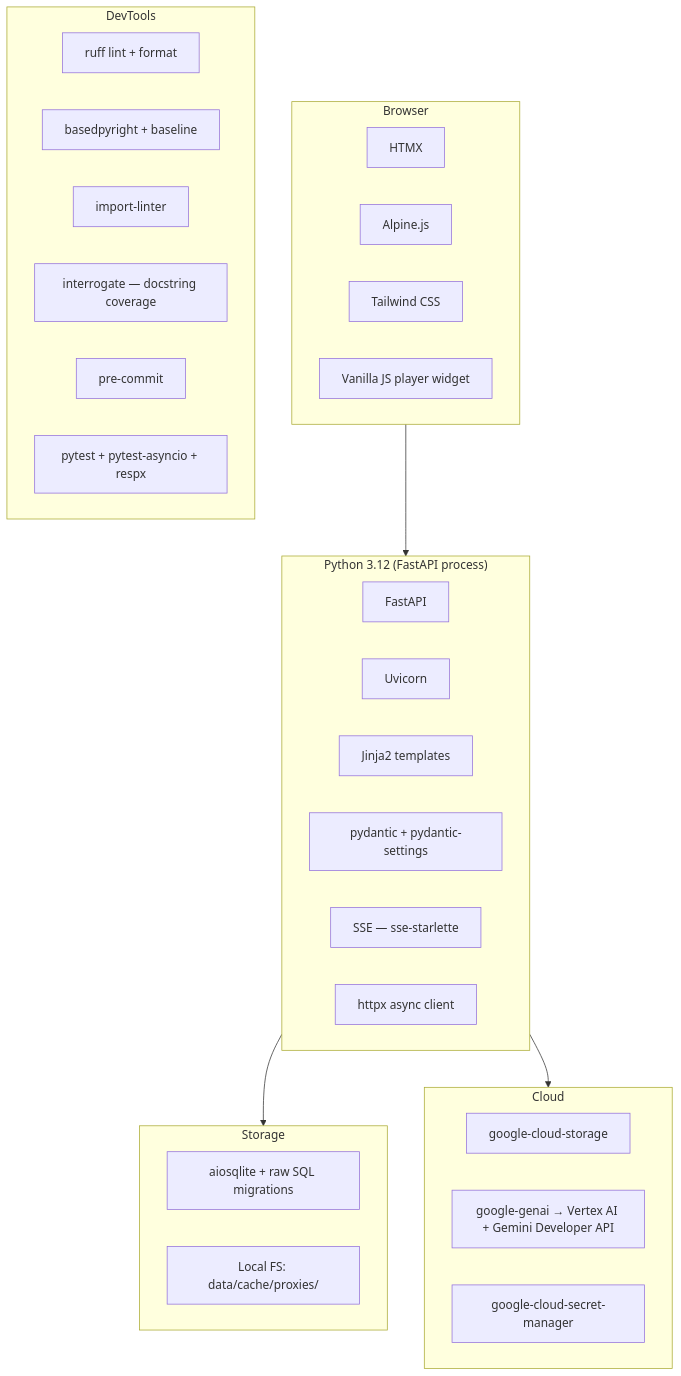
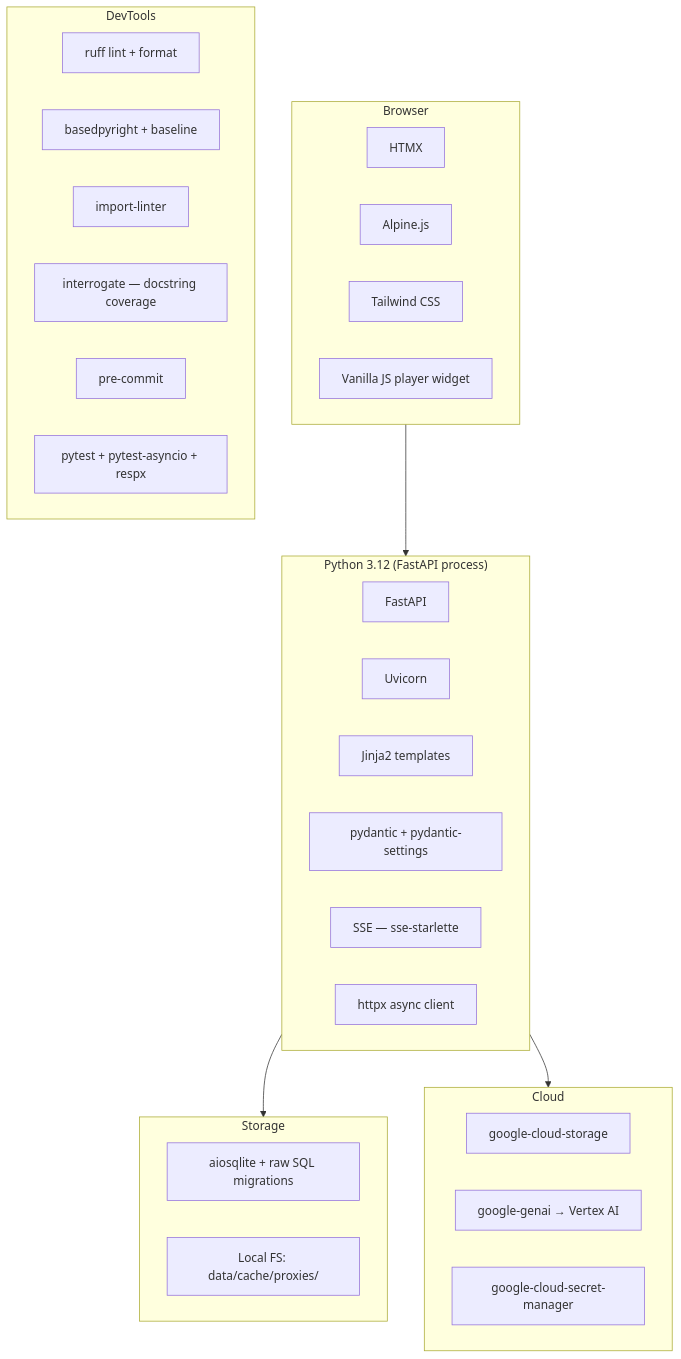
The diagram in docs/onboarding/03-tech-stack.md (futurememorylab/ai-archive), drawn with Mermaid before and after one commit. The commit also changed other lines of this file and 24 other files, not shown here.

````diff
--- a/docs/onboarding/03-tech-stack.md
+++ b/docs/onboarding/03-tech-stack.md
@@ -10,42 +10,42 @@
 ```mermaid
 flowchart TB
     subgraph Browser
         H[HTMX]
         Al[Alpine.js]
         TW[Tailwind CSS]
         V[Vanilla JS player widget]
     end
 
     subgraph Server["Python 3.12 (FastAPI process)"]
         F[FastAPI]
         U[Uvicorn]
         J[Jinja2 templates]
         P[pydantic + pydantic-settings]
         S[SSE — sse-starlette]
         Px[httpx async client]
     end
 
     subgraph Storage
         Aq[aiosqlite + raw SQL migrations]
         Disk[Local FS: data/cache/proxies/]
     end
 
     subgraph Cloud
         GCS[google-cloud-storage]
-        GG[google-genai → Vertex AI + Gemini Developer API]
+        GG[google-genai → Vertex AI]
         SM[google-cloud-secret-manager]
     end
 
     subgraph DevTools
         Ruff[ruff lint + format]
         BPy[basedpyright + baseline]
         IL[import-linter]
         Int[interrogate — docstring coverage]
         Pre[pre-commit]
         PT[pytest + pytest-asyncio + respx]
     end
 
     Browser --> Server
     Server --> Storage
     Server --> Cloud
 ```
````
